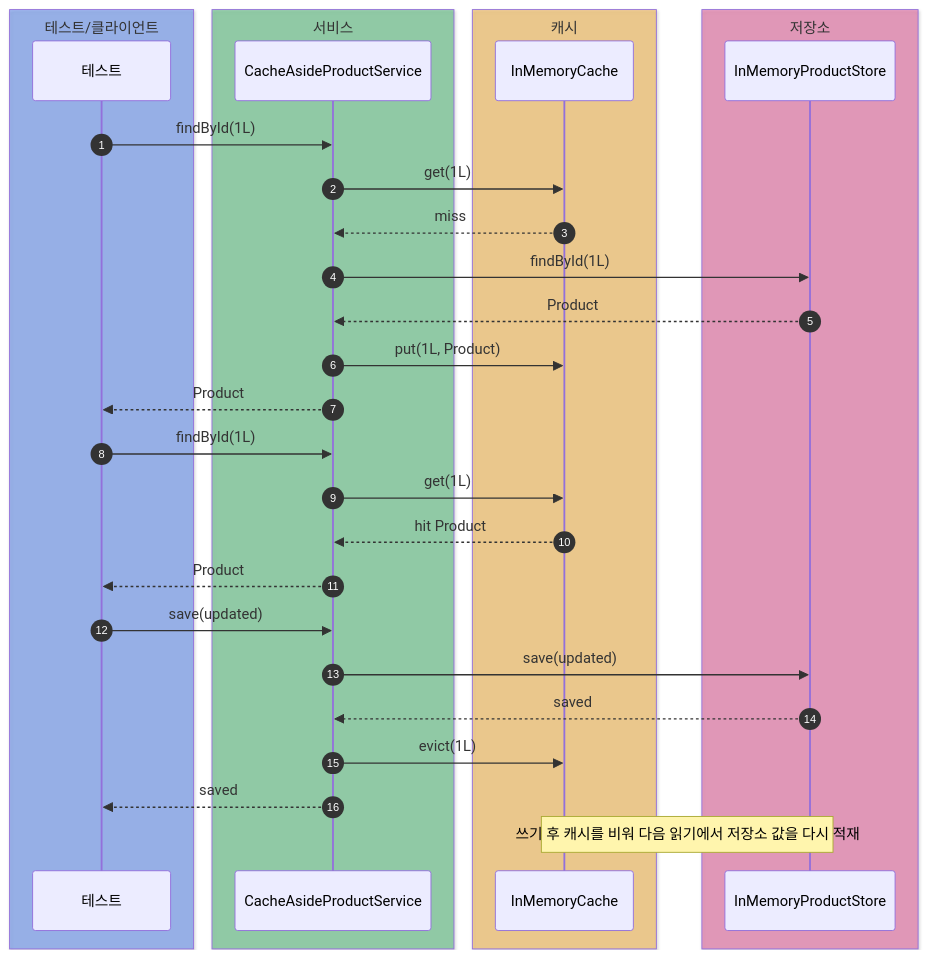
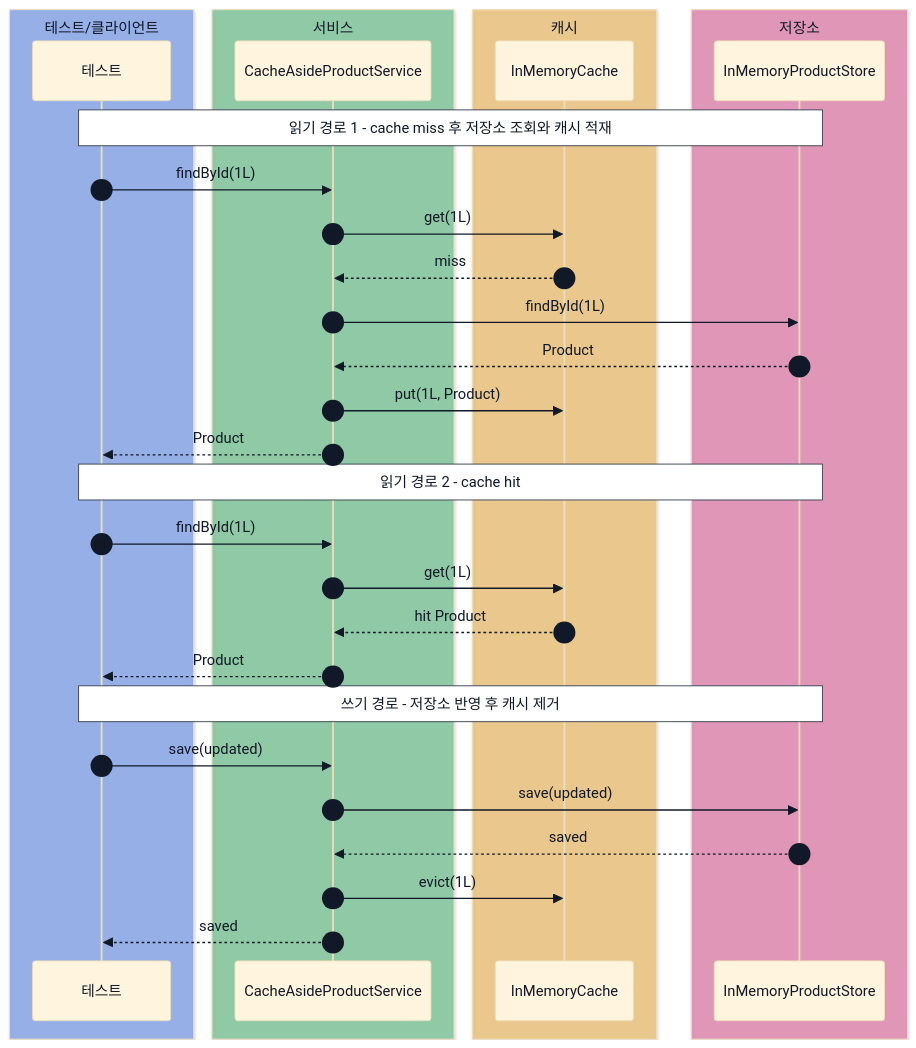
Before and after one commit to HJC96/deep-dive: the second of 6 diagrams in labs/cache-patterns/README.md, drawn with Mermaid. The commit also changed other lines of this file and 10 other files, not shown here.

````diff
--- a/labs/cache-patterns/README.md
+++ b/labs/cache-patterns/README.md
@@ -152,37 +160,39 @@
 ```mermaid
+%%{init: {"theme": "base", "themeVariables": {"primaryTextColor": "#111827", "secondaryTextColor": "#111827", "tertiaryTextColor": "#111827", "actorTextColor": "#111827", "signalTextColor": "#111827", "labelTextColor": "#111827", "noteTextColor": "#111827", "noteBkgColor": "#ffffff", "noteBorderColor": "#374151", "sequenceNumberColor": "#111827"}}}%%
 sequenceDiagram
     autonumber
     box rgba(37, 99, 235, 0.40) 테스트/클라이언트
     participant Test as 테스트
     end
     box rgba(22, 163, 74, 0.40) 서비스
     participant Service as CacheAsideProductService
     end
     box rgba(245, 158, 11, 0.40) 캐시
     participant Cache as InMemoryCache
     end
     box rgba(219, 39, 119, 0.40) 저장소
     participant Store as InMemoryProductStore
     end
 
+    Note over Test,Store: 읽기 경로 1 - cache miss 후 저장소 조회와 캐시 적재
     Test->>Service: findById(1L)
     Service->>Cache: get(1L)
     Cache-->>Service: miss
     Service->>Store: findById(1L)
     Store-->>Service: Product
     Service->>Cache: put(1L, Product)
     Service-->>Test: Product
 
+    Note over Test,Store: 읽기 경로 2 - cache hit
     Test->>Service: findById(1L)
     Service->>Cache: get(1L)
     Cache-->>Service: hit Product
     Service-->>Test: Product
 
+    Note over Test,Store: 쓰기 경로 - 저장소 반영 후 캐시 제거
     Test->>Service: save(updated)
     Service->>Store: save(updated)
     Store-->>Service: saved
     Service->>Cache: evict(1L)
     Service-->>Test: saved
-
-    Note over Cache,Store: 쓰기 후 캐시를 비워 다음 읽기에서 저장소 값을 다시 적재
 ```
````
